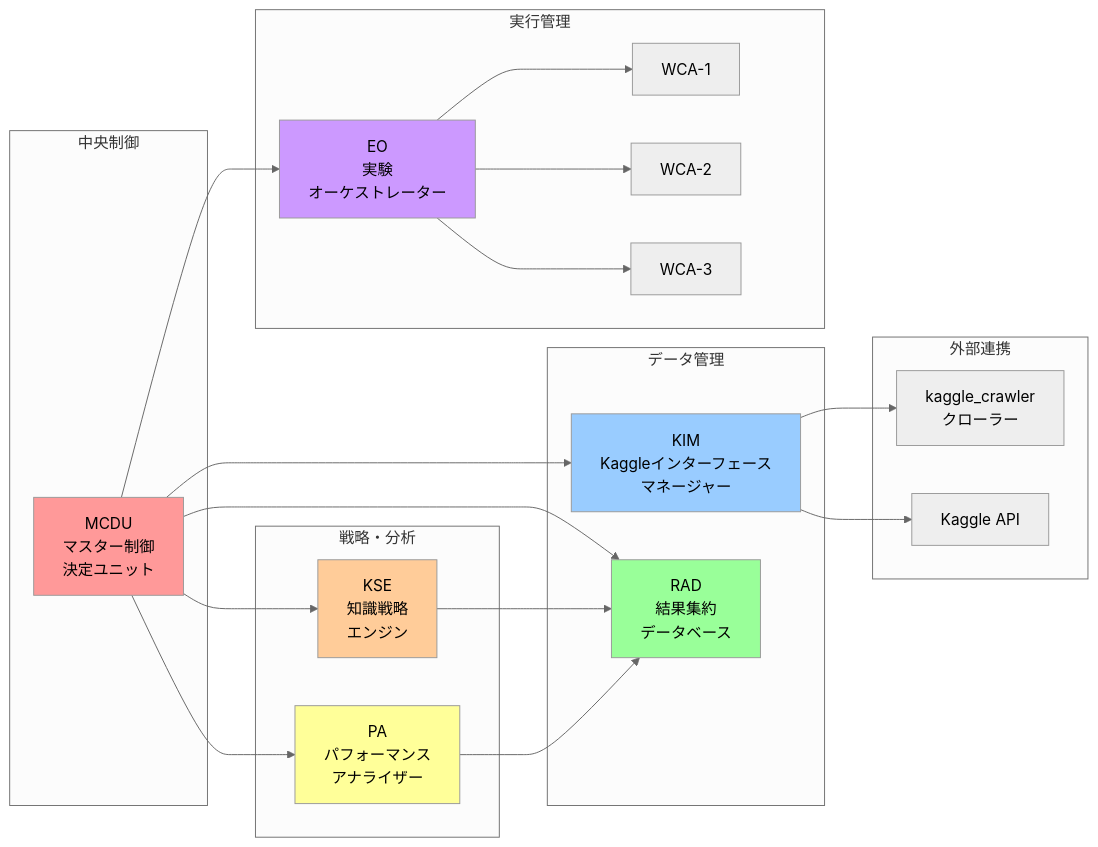
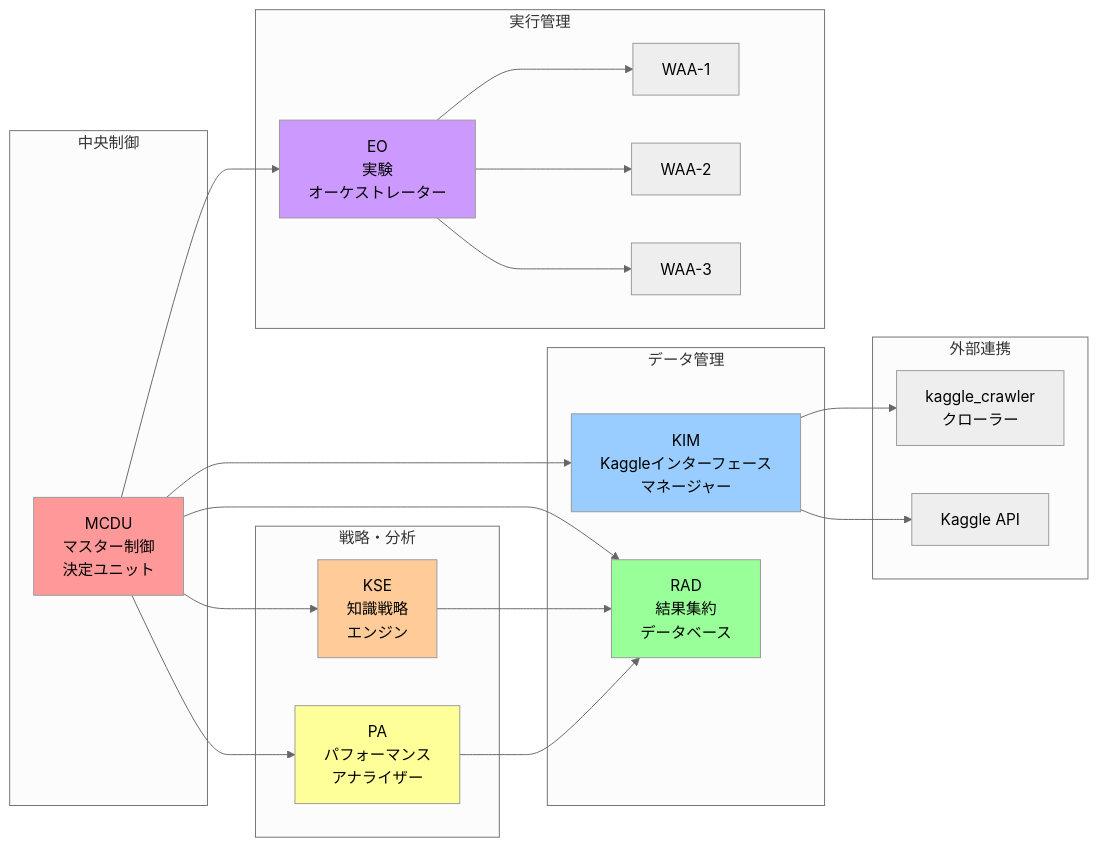
One commit to harutasti/kaggle_automation changed the second of 12 diagrams in docs/architecture/WORKFLOW_JAPANESE.md. Above: the diagram before and after it, drawn with Mermaid (neutral theme). The commit also changed other lines of this file and 27 other files, not shown here.

````diff
--- a/docs/architecture/WORKFLOW_JAPANESE.md
+++ b/docs/architecture/WORKFLOW_JAPANESE.md
@@ -56,51 +56,51 @@
 ```mermaid
 graph LR
     subgraph "中央制御"
         MCDU[MCDU<br/>マスター制御<br/>決定ユニット]
     end
 
     subgraph "データ管理"
         KIM[KIM<br/>Kaggleインターフェース<br/>マネージャー]
         RAD[RAD<br/>結果集約<br/>データベース]
     end
 
     subgraph "戦略・分析"
         KSE[KSE<br/>知識戦略<br/>エンジン]
         PA[PA<br/>パフォーマンス<br/>アナライザー]
     end
 
     subgraph "実行管理"
         EO[EO<br/>実験<br/>オーケストレーター]
-        WCA1[WCA-1]
-        WCA2[WCA-2]
-        WCA3[WCA-3]
+        WAA1[WAA-1]
+        WAA2[WAA-2]
+        WAA3[WAA-3]
     end
 
     subgraph "外部連携"
         Crawler[kaggle_crawler<br/>クローラー]
         KaggleAPI[Kaggle API]
     end
 
     MCDU --> KIM
     MCDU --> KSE
     MCDU --> EO
     MCDU --> RAD
     MCDU --> PA
 
     KIM --> Crawler
     KIM --> KaggleAPI
 
-    EO --> WCA1
-    EO --> WCA2
-    EO --> WCA3
+    EO --> WAA1
+    EO --> WAA2
+    EO --> WAA3
 
     KSE --> RAD
     PA --> RAD
 
     style MCDU fill:#ff9999
     style KIM fill:#99ccff
     style KSE fill:#ffcc99
     style EO fill:#cc99ff
     style RAD fill:#99ff99
     style PA fill:#ffff99
 ```
````
